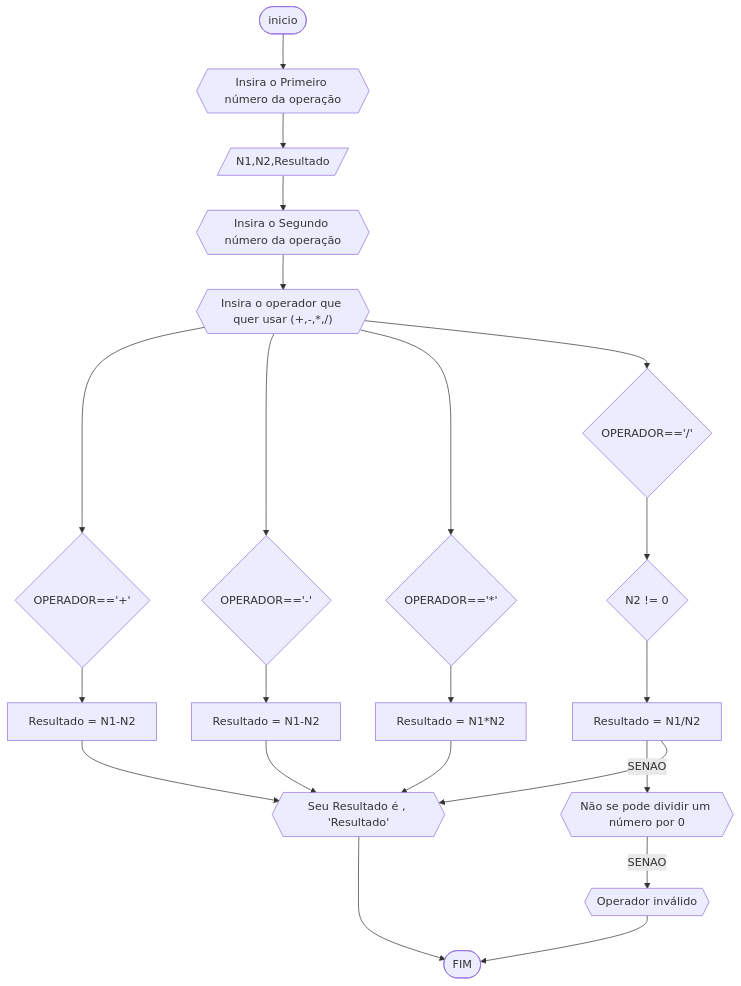
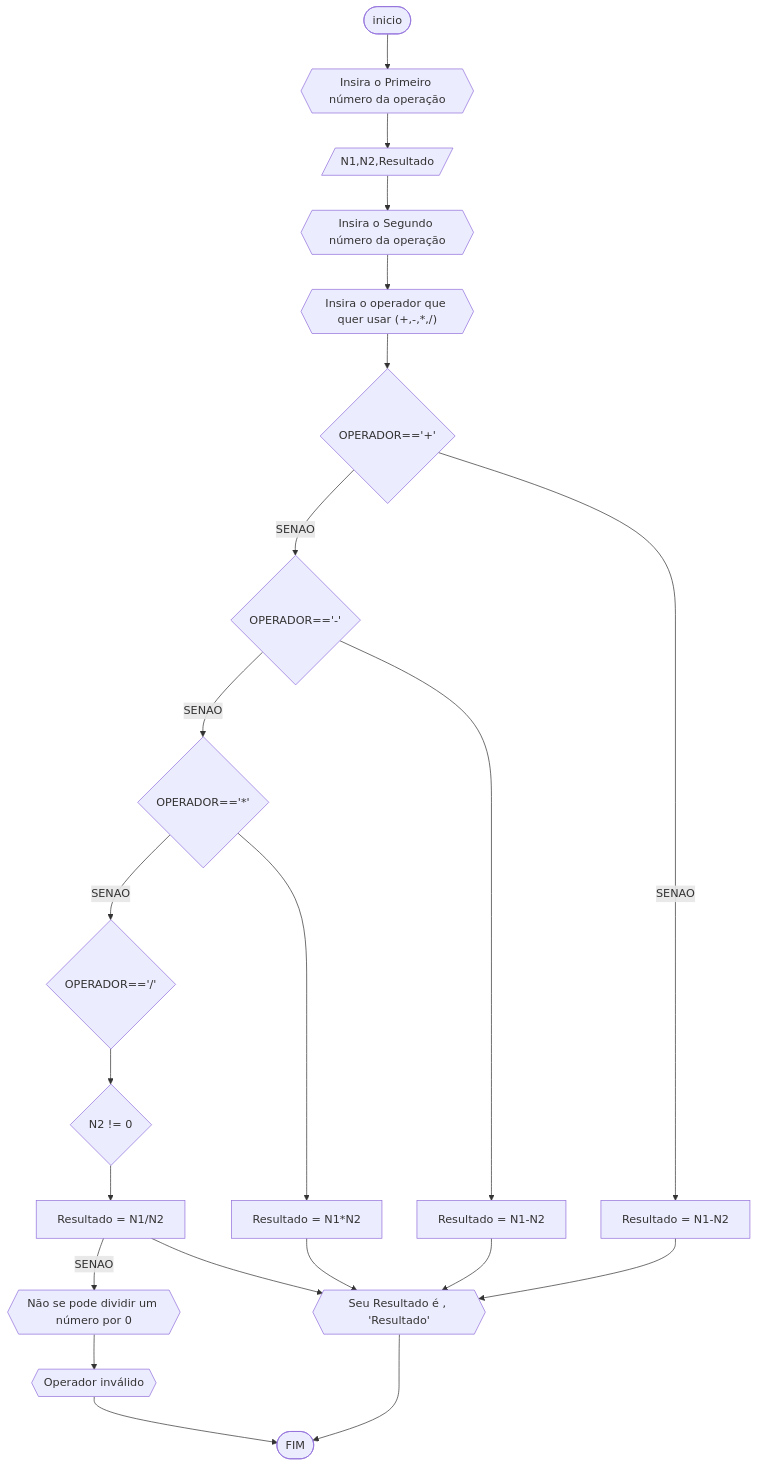
Before and after one commit to lyMartins/unifor: the fourth of 5 diagrams in RLA/unidade1/lista2.md, drawn with Mermaid. The commit also changed other lines of this file, not shown here.

````diff
--- a/RLA/unidade1/lista2.md
+++ b/RLA/unidade1/lista2.md
@@ -136,24 +163,24 @@
 ```mermaid
 flowchart TD
 A([inicio])-->B{{Insira o Primeiro número da operação }}
-B-->C[/N1,N2,Resultado/]
-C-->D{{Insira o Segundo número da operação}}
-D-->E{{"Insira o operador que quer usar (+,-,*,/)"}}
-E-->F{OPERADOR=='+'}
-E-->G{OPERADOR=='-'}
-E-->H{OPERADOR=='*'}
-E-->I{OPERADOR=='/'}
-F-->J[Resultado = N1-N2]
-G-->K[Resultado = N1-N2]
-H-->L[Resultado = N1*N2]
-I-->M{N2 != 0}
-M-->N[Resultado = N1/N2]
-N--SENAO-->O{{Não se pode dividir um número por 0}}
-O--SENAO-->P{{Operador inválido}}
-N-->Q{{Seu Resultado é , 'Resultado'}}
-J-->Q
-K-->Q
-L-->Q
-Q-->R([FIM])
-P-->R
+B -->C[/N1,N2,Resultado/]
+C -->D{{Insira o Segundo número da operação}}
+D -->E{{"Insira o operador que quer usar (+,-,*,/)"}}
+E -->F{OPERADOR=='+'}
+F --SENAO-->G{OPERADOR=='-'}
+G --SENAO-->H{OPERADOR=='*'}
+H --SENAO-->I{OPERADOR=='/'}
+F --SENAO-->J[Resultado = N1-N2]
+G -->K[Resultado = N1-N2]
+H -->L[Resultado = N1*N2]
+I -->M{N2 != 0}
+M -->N[Resultado = N1/N2]
+N --SENAO-->O{{Não se pode dividir um número por 0}}
+O -->P{{Operador inválido}}
+N -->Q{{Seu Resultado é , 'Resultado'}}
+J -->Q
+K -->Q
+L -->Q
+Q -->R([FIM])
+P -->R
 ```
````
